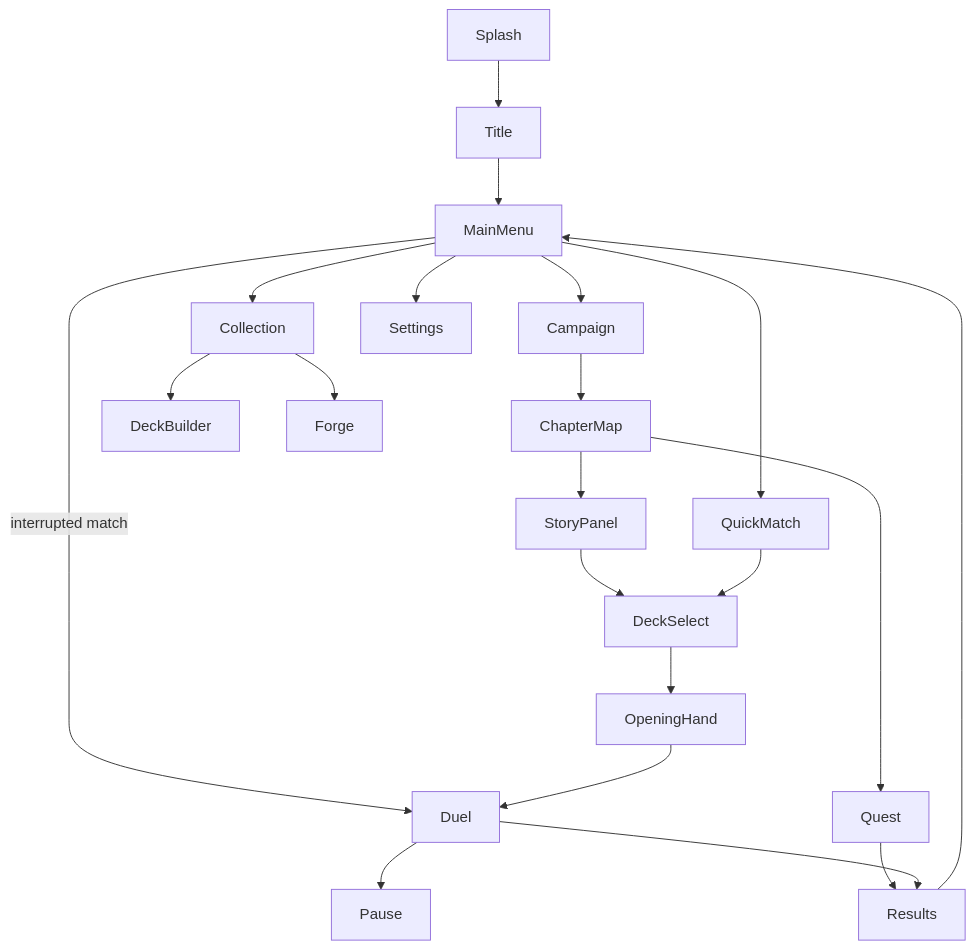
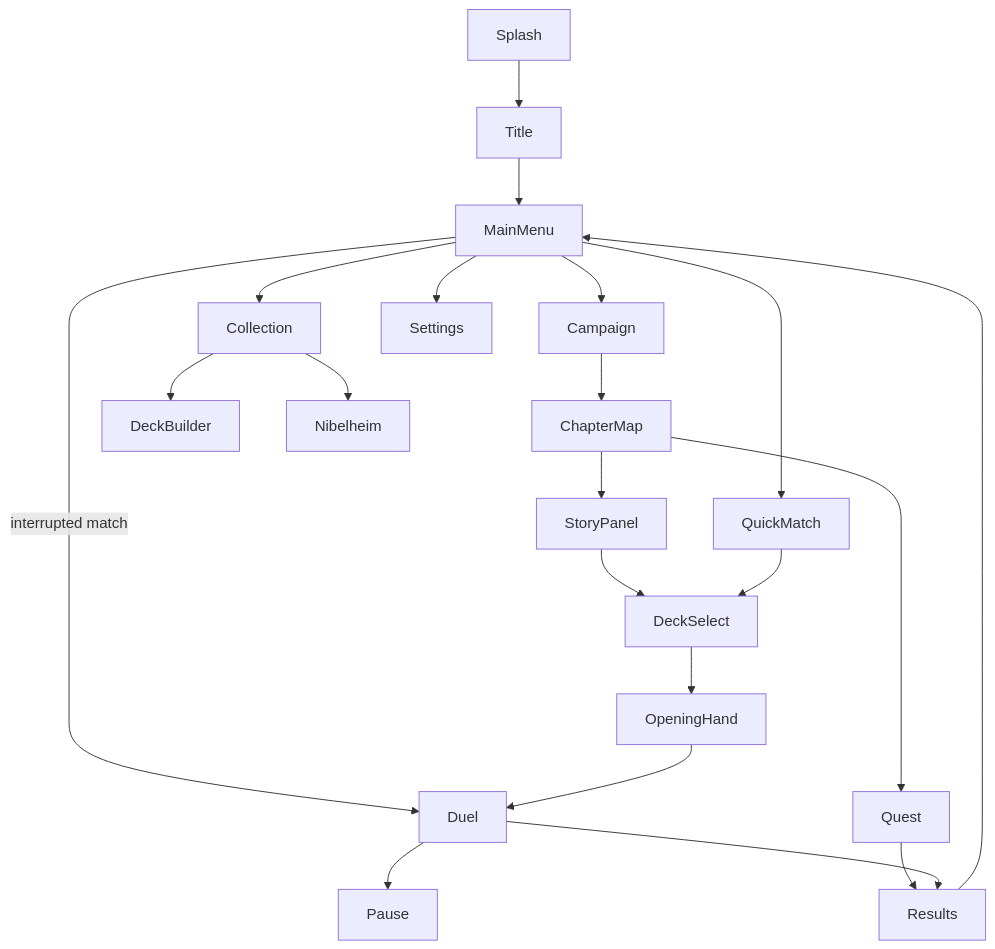
The diagram in docs/functional/07-ui-ux.md (TuntematonSotilas/nothung), drawn with Mermaid before and after one commit. The commit also changed other lines of this file and 23 other files, not shown here.

````diff
--- a/docs/functional/07-ui-ux.md
+++ b/docs/functional/07-ui-ux.md
@@ -17,19 +17,19 @@
 ```mermaid
 flowchart TD
     Splash --> Title
     Title --> MainMenu
     MainMenu --> Campaign
     MainMenu --> QuickMatch
     MainMenu --> Collection
     MainMenu --> Settings
     MainMenu -->|interrupted match| Duel
     Campaign --> ChapterMap --> StoryPanel --> DeckSelect
     ChapterMap --> Quest --> Results
     QuickMatch --> DeckSelect
     DeckSelect --> OpeningHand --> Duel
     Duel --> Pause
     Duel --> Results
     Results --> MainMenu
     Collection --> DeckBuilder
-    Collection --> Forge
+    Collection --> Nibelheim
 ```
````
